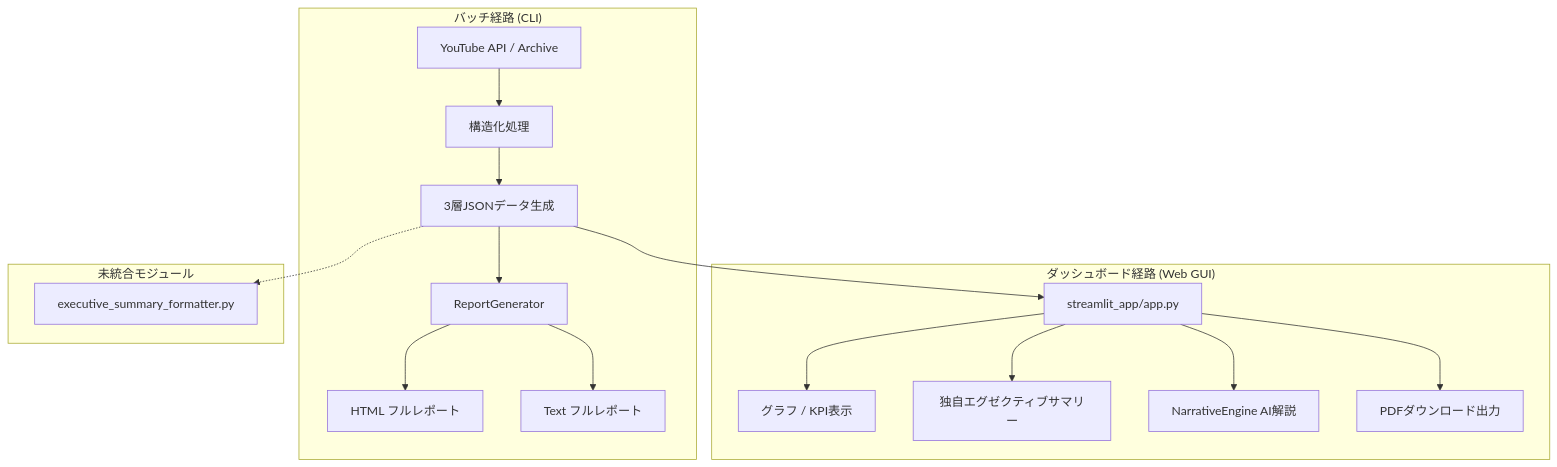
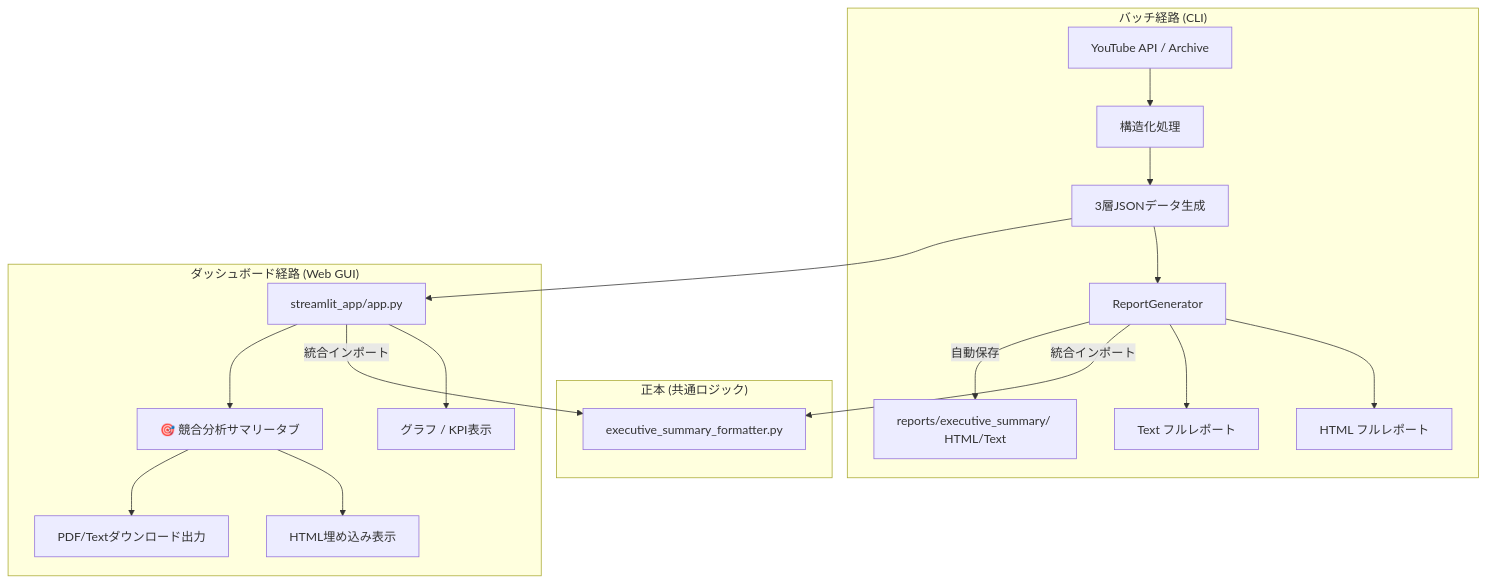
One commit to nario0715masa0619-create/video-insight-spec changed the diagram in docs/PROJECT_OVERVIEW.md. Above: the diagram before and after it, drawn with Mermaid. The commit also changed other lines of this file and 5 other files, not shown here.

First line of the commit message:
[Refactor] Executive Summary の生成経路を一本化

````diff
--- a/docs/PROJECT_OVERVIEW.md
+++ b/docs/PROJECT_OVERVIEW.md
@@ -126,22 +126,25 @@
 ```mermaid
 graph TD
+    subgraph "正本 (共通ロジック)"
+        L[executive_summary_formatter.py]
+    end
+
     subgraph "バッチ経路 (CLI)"
         A[YouTube API / Archive] --> B[構造化処理]
         B --> C[3層JSONデータ生成]
         C --> D[ReportGenerator]
         D --> E[HTML フルレポート]
         D --> F[Text フルレポート]
+        D -->|統合インポート| L
+        D -->|自動保存| M[reports/executive_summary/ HTML/Text]
     end
 
     subgraph "ダッシュボード経路 (Web GUI)"
         C --> G[streamlit_app/app.py]
         G --> H[グラフ / KPI表示]
-        G --> I[独自エグゼクティブサマリー]
-        G --> J[NarrativeEngine AI解説]
-        G --> K[PDFダウンロード出力]
-    end
-
-    subgraph "未統合モジュール"
-        C -.-> L[executive_summary_formatter.py]
+        G -->|統合インポート| L
+        G --> I[🎯 競合分析サマリータブ]
+        I --> J[HTML埋め込み表示]
+        I --> K[PDF/Textダウンロード出力]
     end
 ```
````
